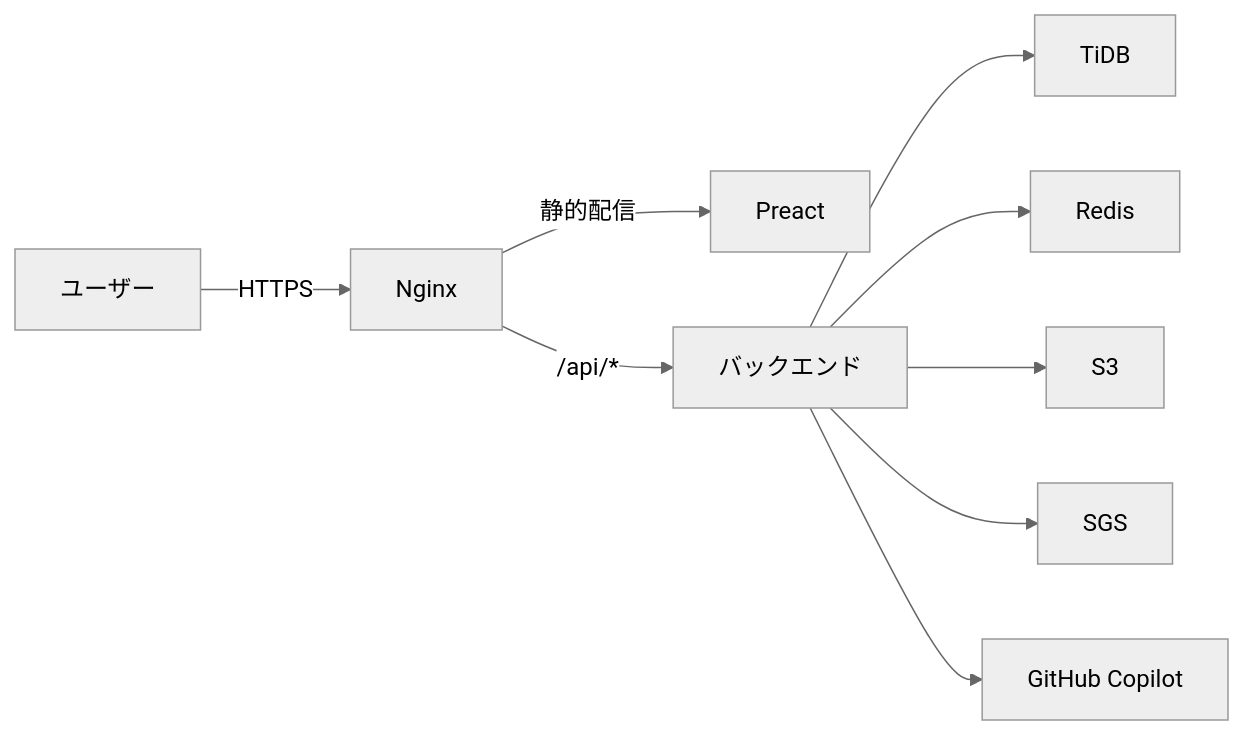
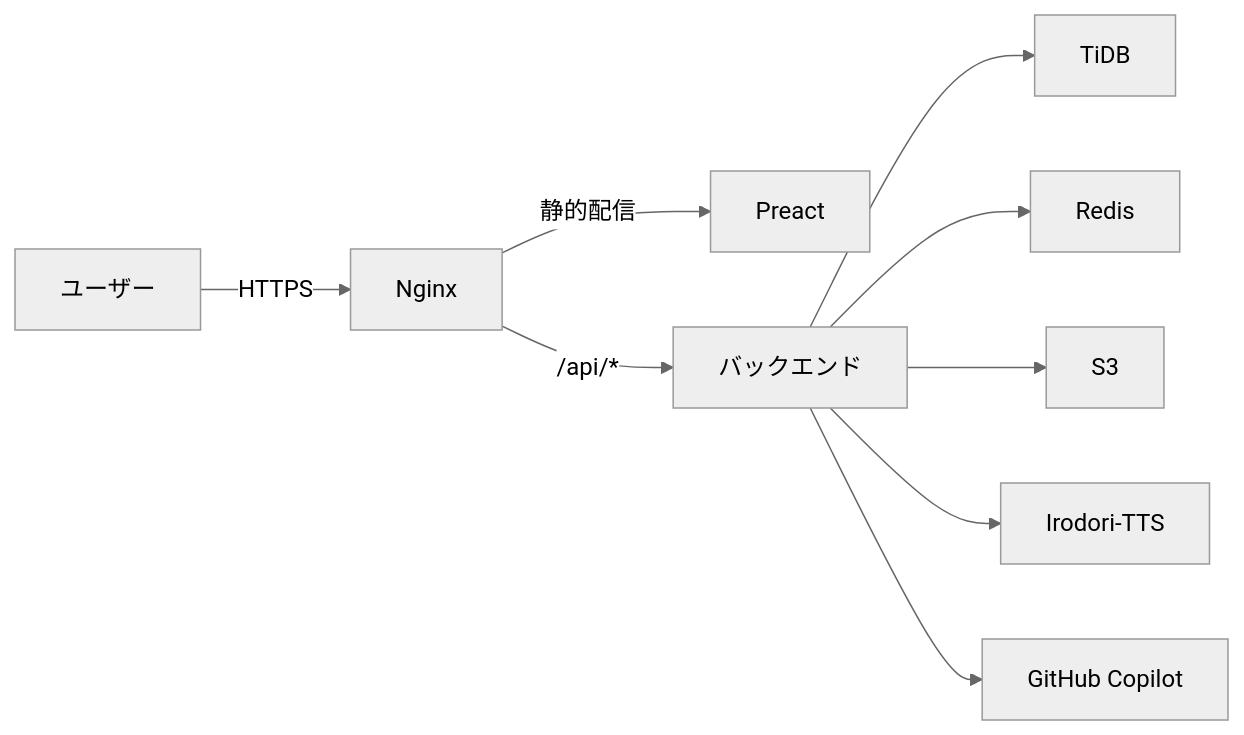
One commit to brqnko/kioku changed the diagram in README.md. Above: the diagram before and after it, drawn with Mermaid (neutral theme). The commit also changed other lines of this file, not shown here.

First line of the commit message:
docs(readme): update TTS references from SGS to Irodori-TTS

````diff
--- a/README.md
+++ b/README.md
@@ -5,21 +5,21 @@
 ```mermaid
 flowchart LR
     user["ユーザー"]
     nginx["Nginx"]
     front["Preact"]
     backend["バックエンド"]
     db["TiDB"]
     redis["Redis"]
     s3["S3"]
-    sgs["SGS"]
+    tts["Irodori-TTS"]
     copilot["GitHub Copilot"]
 
     user -->|HTTPS| nginx
     nginx -->|静的配信| front
     nginx -->|/api/*| backend
     backend --> db
     backend --> redis
     backend --> s3
-    backend --> sgs
+    backend --> tts
     backend --> copilot
 ```
````
